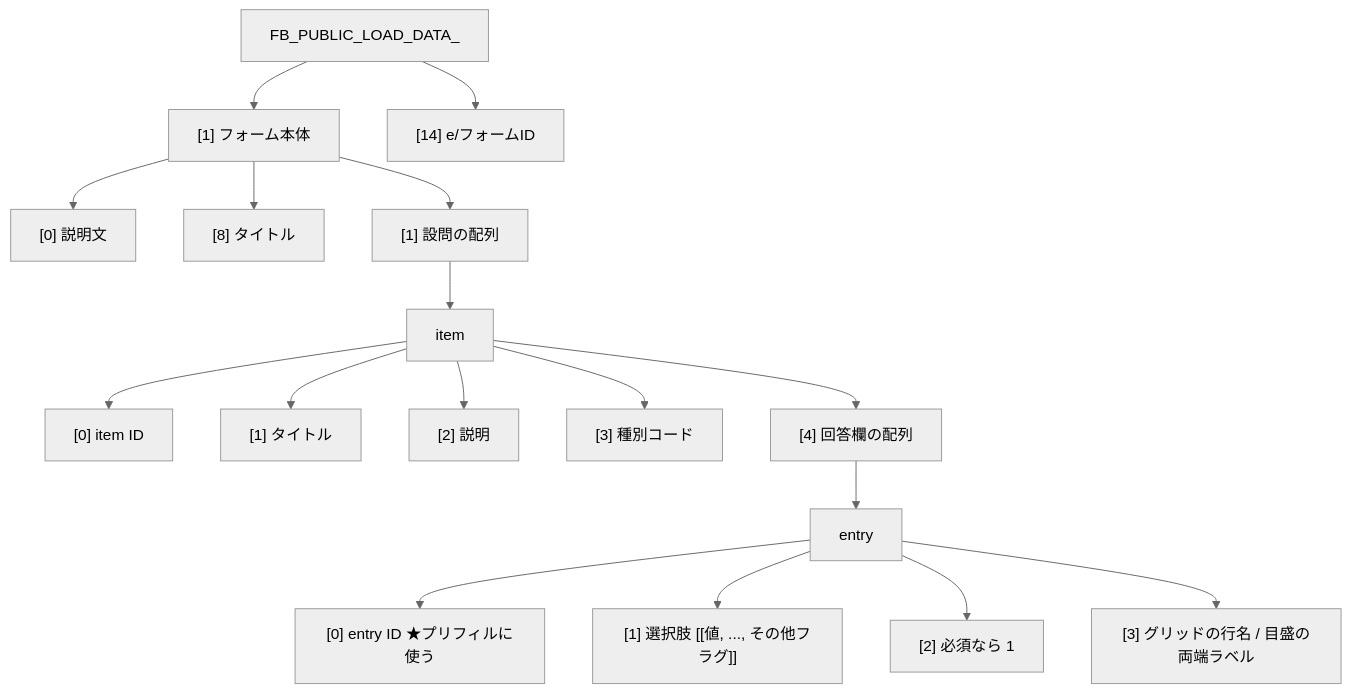
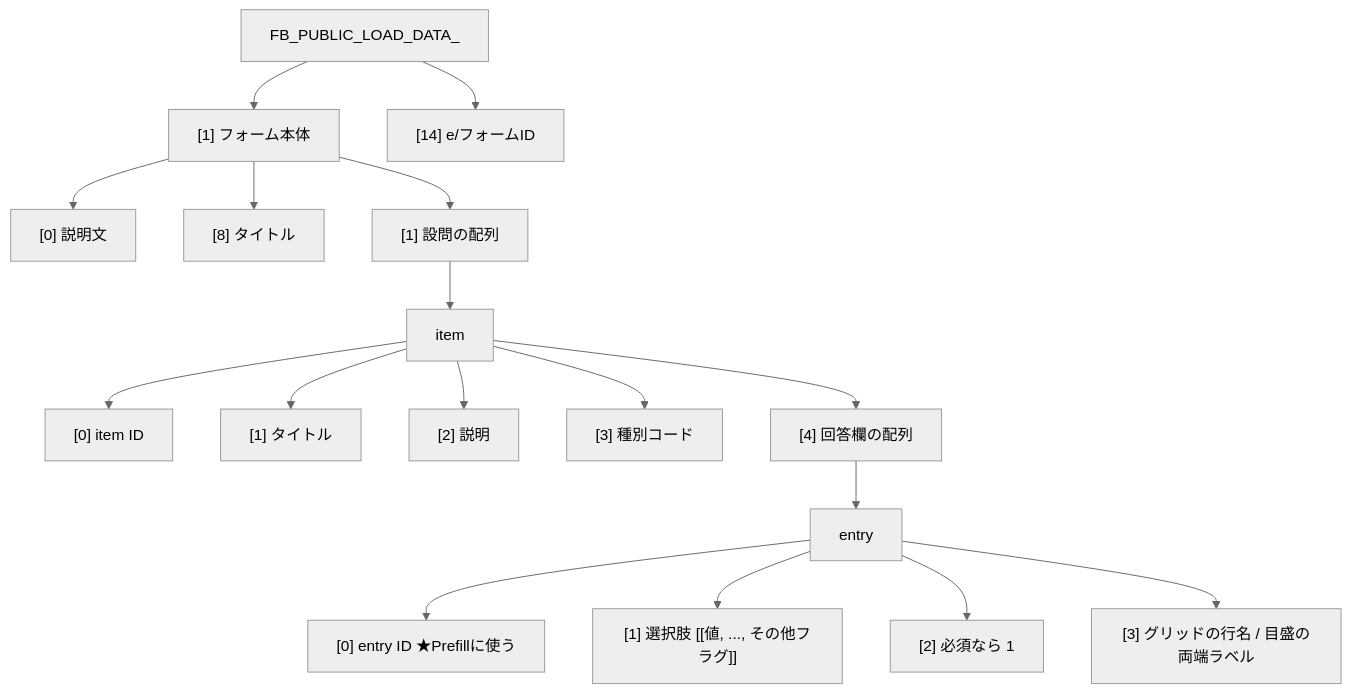
The second of 5 diagrams in docs/qiita.md (kento2247/googleformparser), drawn with Mermaid (neutral theme) before and after one commit. The commit also changed other lines of this file and 2 other files, not shown here.

````diff
--- a/docs/qiita.md
+++ b/docs/qiita.md
@@ -116,19 +116,19 @@
 ```mermaid
 flowchart TB
     D["FB_PUBLIC_LOAD_DATA_"] --> D1["[1] フォーム本体"]
     D --> D14["[14] e/フォームID"]
     D1 --> F0["[0] 説明文"]
     D1 --> F8["[8] タイトル"]
     D1 --> F1["[1] 設問の配列"]
     F1 --> I["item"]
     I --> I0["[0] item ID"]
     I --> I1["[1] タイトル"]
     I --> I2["[2] 説明"]
     I --> I3["[3] 種別コード"]
     I --> I4["[4] 回答欄の配列"]
     I4 --> E["entry"]
-    E --> E0["[0] entry ID ★プリフィルに使う"]
+    E --> E0["[0] entry ID ★Prefillに使う"]
     E --> E1["[1] 選択肢 [[値, ..., その他フラグ]]"]
     E --> E2["[2] 必須なら 1"]
     E --> E3["[3] グリッドの行名 / 目盛の両端ラベル"]
 ```
````
